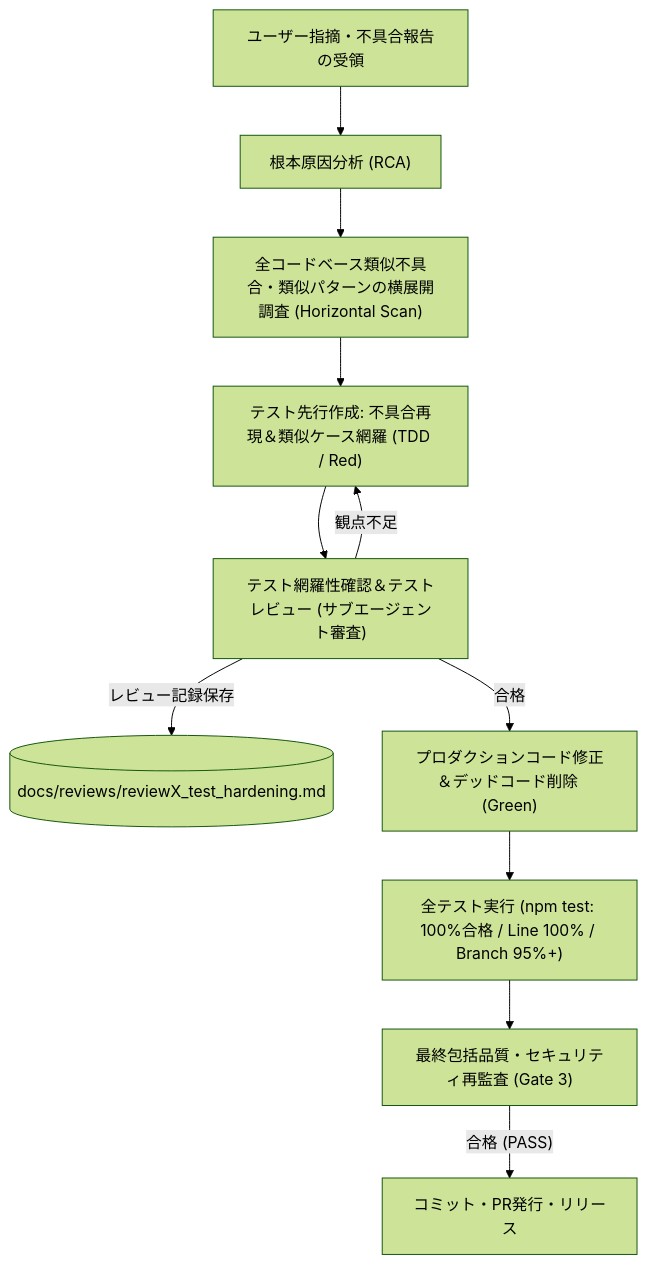
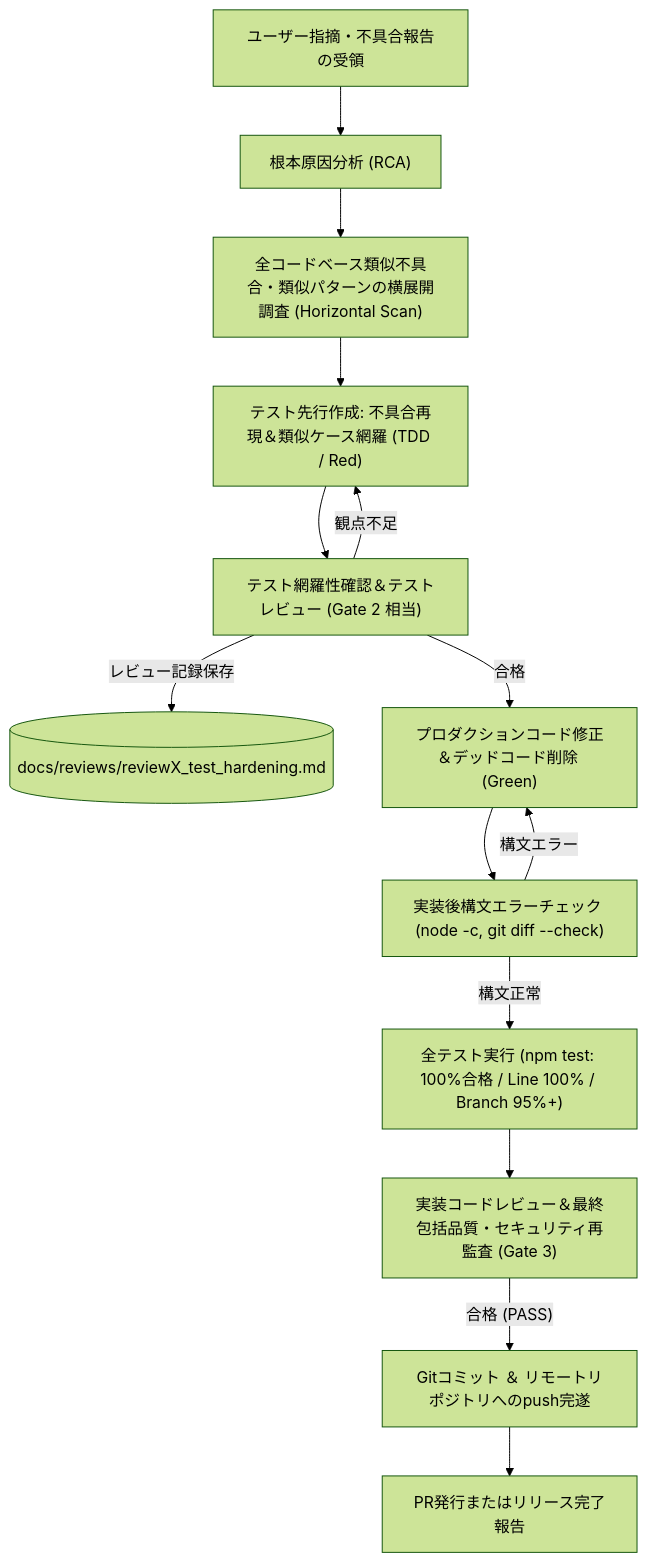
Before and after one commit to tekuteku-life/kogaidocs: the second of 2 diagrams in docs/development_process.md, drawn with Mermaid (forest theme). The commit also changed other lines of this file and 1 other file, not shown here.

Commit message:
docs: update development process to v1.3.0 with syntax check, code review, push DoD, and reviewer directives

````diff
--- a/docs/development_process.md
+++ b/docs/development_process.md
@@ -63,13 +69,16 @@
 ```mermaid
 flowchart TD
 	U1["ユーザー指摘・不具合報告の受領"] --> U2["根本原因分析 (RCA)"]
 	U2 --> U3["全コードベース類似不具合・類似パターンの横展開調査 (Horizontal Scan)"]
 	U3 --> U4["テスト先行作成: 不具合再現＆類似ケース網羅 (TDD / Red)"]
-	U4 --> U5["テスト網羅性確認＆テストレビュー (サブエージェント審査)"]
+	U4 --> U5["テスト網羅性確認＆テストレビュー (Gate 2 相当)"]
 	U5 -->|レビュー記録保存| D4[("docs/reviews/reviewX_test_hardening.md")]
 	U5 -- "観点不足" --> U4
 	U5 -- "合格" --> U6["プロダクションコード修正＆デッドコード削除 (Green)"]
-	U6 --> U7["全テスト実行 (npm test: 100%合格 / Line 100% / Branch 95%+)"]
-	U7 --> U8["最終包括品質・セキュリティ再監査 (Gate 3)"]
-	U8 -- "合格 (PASS)" --> U9["コミット・PR発行・リリース"]
+	U6 --> U7["実装後構文エラーチェック (node -c, git diff --check)"]
+	U7 -- "構文エラー" --> U6
+	U7 -- "構文正常" --> U8["全テスト実行 (npm test: 100%合格 / Line 100% / Branch 95%+)"]
+	U8 --> U9["実装コードレビュー＆最終包括品質・セキュリティ再監査 (Gate 3)"]
+	U9 -- "合格 (PASS)" --> U10["Gitコミット ＆ リモートリポジトリへのpush完遂"]
+	U10 --> U11["PR発行またはリリース完了報告"]
 ```
````
